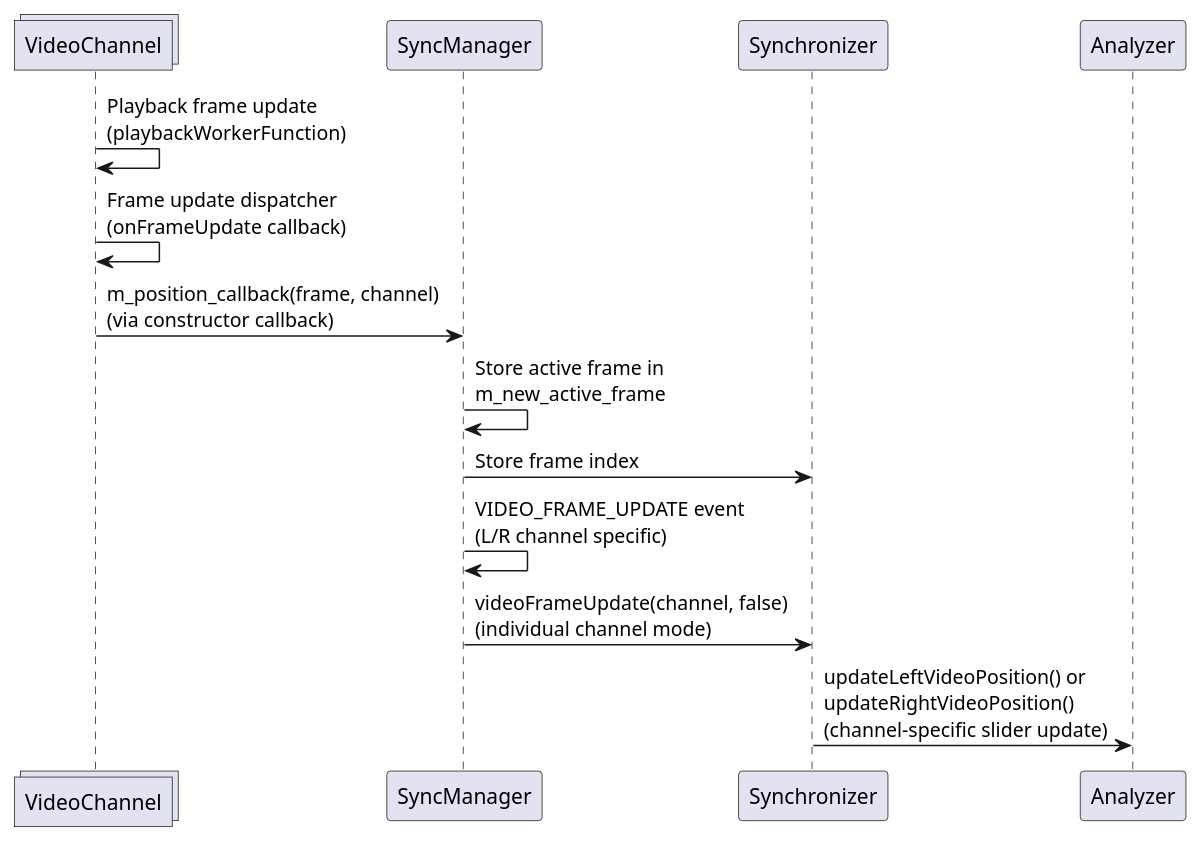
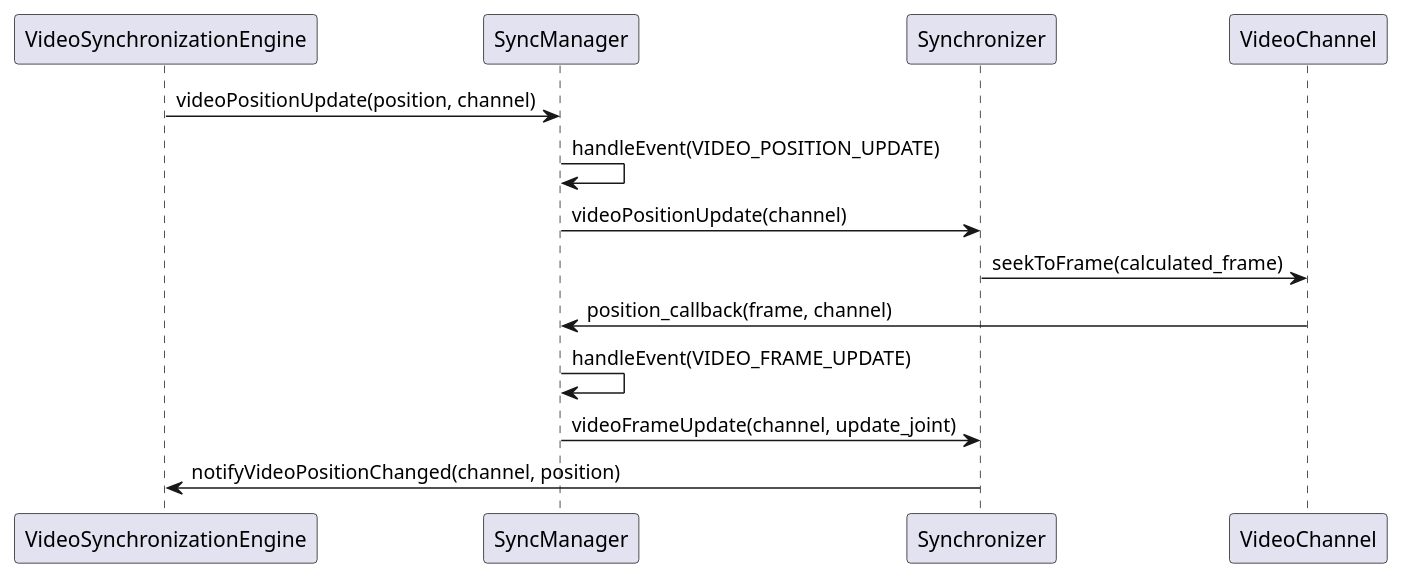
The third of 6 diagrams in design/Scroll bar synchronization.md (timwalsh41/SwingAnalyzer), drawn with PlantUML before and after one commit. The commit also changed other lines of this file and 2 other files, not shown here.

Commit message:
Updated scroll bar synchronization documentation

````diff
--- a/design/Scroll bar synchronization.md
+++ b/design/Scroll bar synchronization.md
@@ -28,19 +106,18 @@
 ```plantuml
 @startuml
+participant "VideoSynchronizationEngine" as VSE
+participant "SyncManager" as SM
+participant "Synchronizer" as S
+participant "VideoChannel" as VC
 
-collections VideoChannel
-participant SyncManager
-participant Synchronizer
-participant Analyzer
+VSE -> SM: videoPositionUpdate(position, channel)
+SM -> SM: handleEvent(VIDEO_POSITION_UPDATE)
+SM -> S: videoPositionUpdate(channel)
+S -> VC: seekToFrame(calculated_frame)
 
-VideoChannel -> VideoChannel : Playback frame update\n(playbackWorkerFunction)
-VideoChannel -> VideoChannel : Frame update dispatcher\n(onFrameUpdate callback)
-VideoChannel -> SyncManager : m_position_callback(frame, channel)\n(via constructor callback)
-SyncManager -> SyncManager : Store active frame in\nm_new_active_frame
-SyncManager -> Synchronizer : Store frame index
-SyncManager -> SyncManager : VIDEO_FRAME_UPDATE event\n(L/R channel specific)
-SyncManager -> Synchronizer : videoFrameUpdate(channel, false)\n(individual channel mode)
-Synchronizer -> Analyzer : updateLeftVideoPosition() or\nupdateRightVideoPosition()\n(channel-specific slider update)
-
+VC -> SM: position_callback(frame, channel)
+SM -> SM: handleEvent(VIDEO_FRAME_UPDATE) 
+SM -> S: videoFrameUpdate(channel, update_joint)
+S -> VSE: notifyVideoPositionChanged(channel, position)
 @enduml
 ```
````
